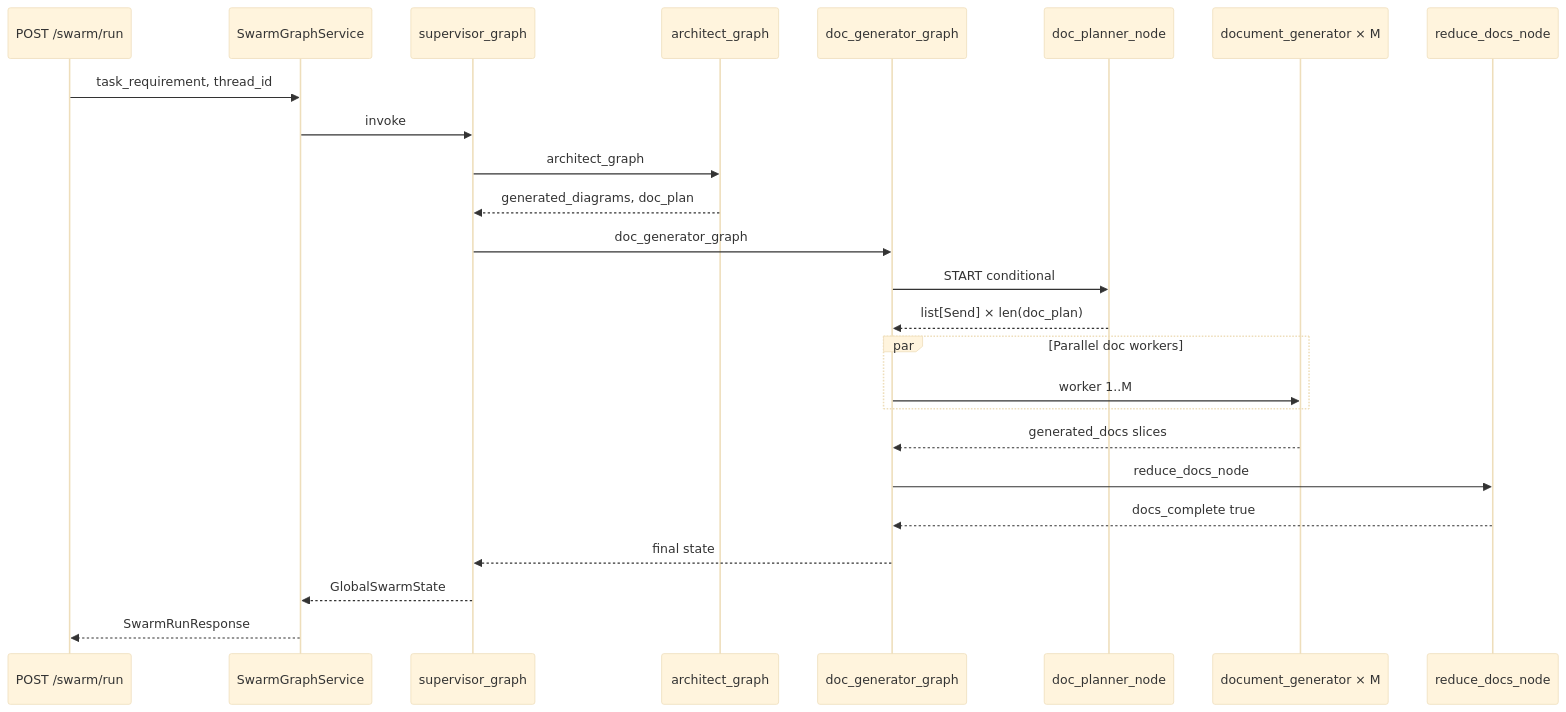
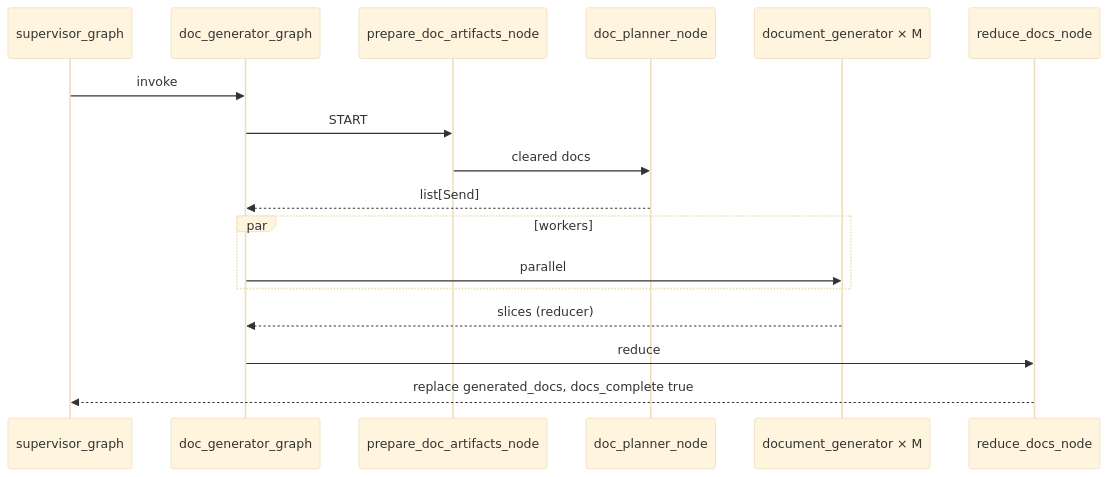
One commit to ahsanfarooq210/ai-saas-genius changed the second of 2 diagrams in ai-backend/docs/flows/phase-8-flow.md. Above: the diagram before and after it, drawn with Mermaid (base theme). The commit also changed other lines of this file and 15 other files, not shown here.

First line of the commit message:
Enhance documentation and state management for swarm graph architecture

````diff
--- a/ai-backend/docs/flows/phase-8-flow.md
+++ b/ai-backend/docs/flows/phase-8-flow.md
@@ -165,28 +127,20 @@
 ```mermaid
 sequenceDiagram
-    participant API as POST /swarm/run
-    participant Svc as SwarmGraphService
     participant Parent as supervisor_graph
-    participant Arch as architect_graph
     participant Doc as doc_generator_graph
+    participant Prep as prepare_doc_artifacts_node
     participant DP as doc_planner_node
     participant DG as document_generator × M
     participant RD as reduce_docs_node
 
-    API->>Svc: task_requirement, thread_id
-    Svc->>Parent: invoke
-    Parent->>Arch: architect_graph
-    Arch-->>Parent: generated_diagrams, doc_plan
-    Parent->>Doc: doc_generator_graph
-    Doc->>DP: START conditional
-    DP-->>Doc: list[Send] × len(doc_plan)
-    par Parallel doc workers
-        Doc->>DG: worker 1..M
+    Parent->>Doc: invoke
+    Doc->>Prep: START
+    Prep->>DP: cleared docs
+    DP-->>Doc: list[Send]
+    par workers
+        Doc->>DG: parallel
     end
-    DG-->>Doc: generated_docs slices
-    Doc->>RD: reduce_docs_node
-    RD-->>Doc: docs_complete true
-    Doc-->>Parent: final state
-    Parent-->>Svc: GlobalSwarmState
-    Svc-->>API: SwarmRunResponse
+    DG-->>Doc: slices (reducer)
+    Doc->>RD: reduce
+    RD-->>Parent: replace generated_docs, docs_complete true
 ```
````
